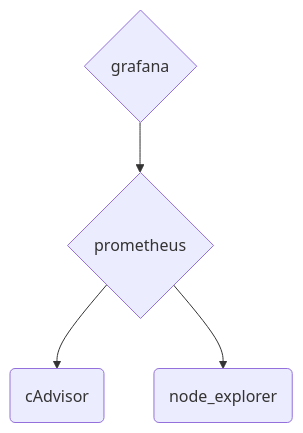
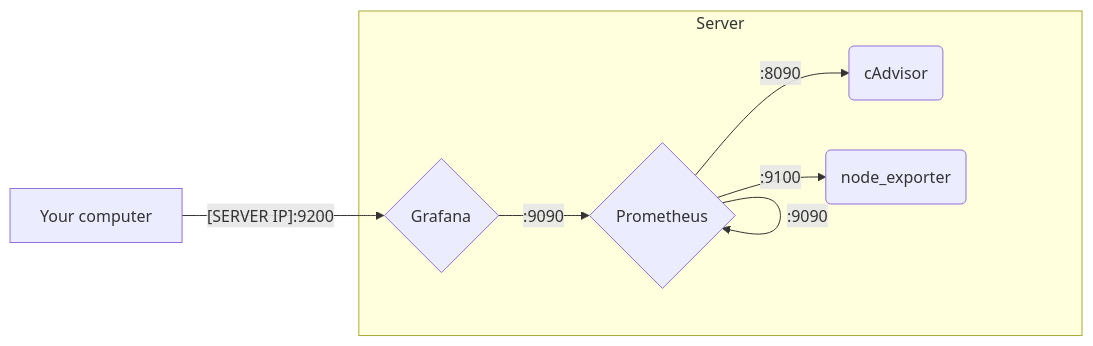
One commit to YR72dpi/debianMonitoring changed the diagram in README.md. Above: the diagram before and after it, drawn with Mermaid. The commit also changed other lines of this file, not shown here.

Commit message:
refactor: mermaid

````diff
--- a/README.md
+++ b/README.md
@@ -13,11 +13,17 @@
 ```mermaid
-graph TD
-grafana{grafana}
-prometheus{prometheus}
+graph LR
+grafana{Grafana}
+prometheus{Prometheus}
 cAdvisor(cAdvisor)
-node_explorer(node_explorer)
+node_exporter(node_exporter)
+computer[Your computer]
 
-prometheus --> cAdvisor
-prometheus --> node_explorer
-grafana --> prometheus
+subgraph Server
+    prometheus --:8090--> cAdvisor
+    prometheus --:9100--> node_exporter
+    prometheus --:9090--> prometheus
+    grafana --:9090--> prometheus
+end
+
+computer --[SERVER IP]:9200--> grafana
 ```
````
